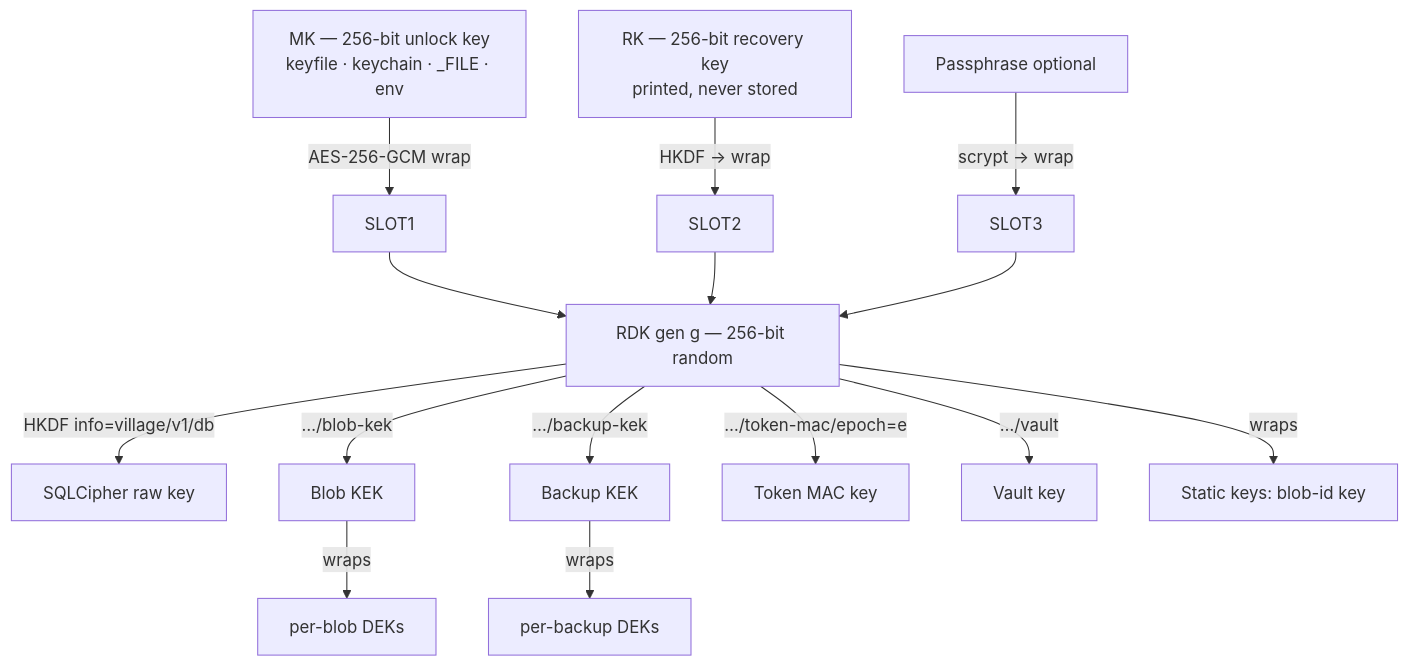
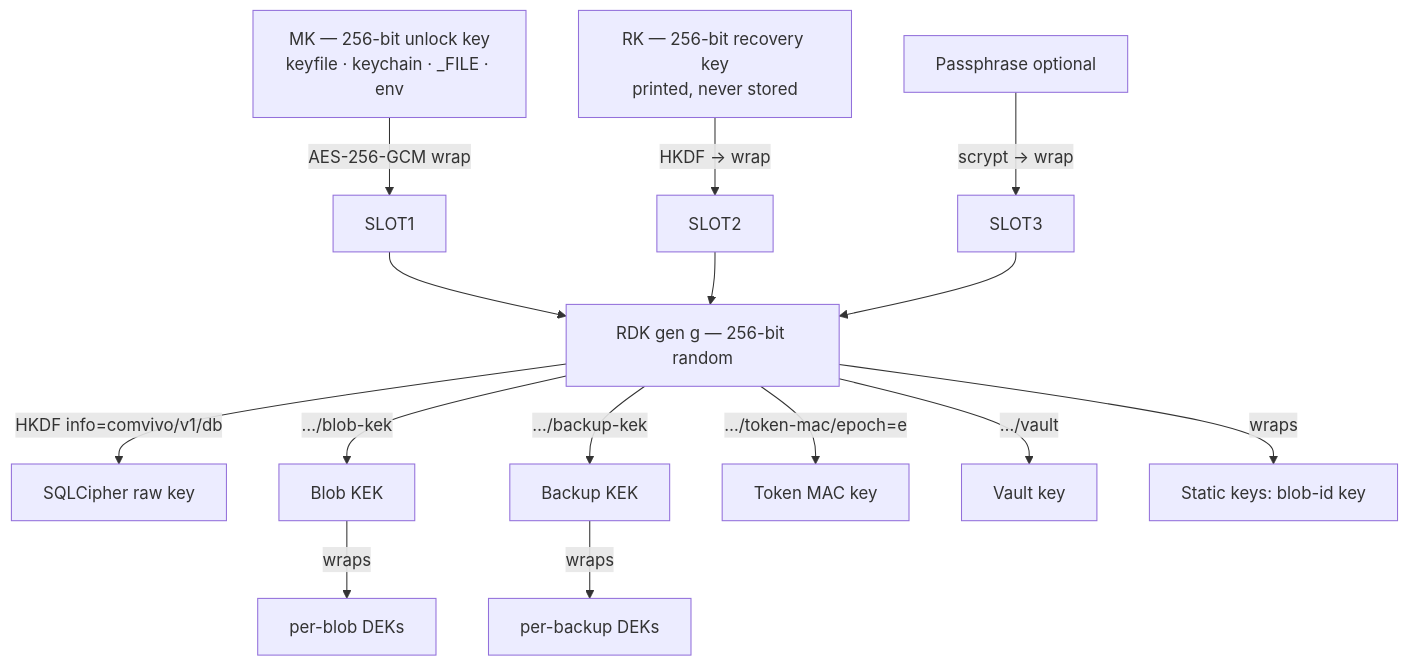
Before and after one commit to faizannraza/comvivo: the second of 2 diagrams in docs/plan/08-security-privacy.md, drawn with Mermaid. The commit also changed other lines of this file and 21 other files, not shown here.

````diff
--- a/docs/plan/08-security-privacy.md
+++ b/docs/plan/08-security-privacy.md
@@ -334,13 +334,13 @@
 ```mermaid
 flowchart TB
   MK[MK — 256-bit unlock key<br/>keyfile · keychain · _FILE · env] -->|AES-256-GCM wrap| SLOT1
   RK[RK — 256-bit recovery key<br/>printed, never stored] -->|HKDF → wrap| SLOT2
   PP[Passphrase optional] -->|scrypt → wrap| SLOT3
   SLOT1 & SLOT2 & SLOT3 --> RDK[RDK gen g — 256-bit random]
-  RDK -->|HKDF info=village/v1/db| DBK[SQLCipher raw key]
+  RDK -->|HKDF info=comvivo/v1/db| DBK[SQLCipher raw key]
   RDK -->|…/blob-kek| BKEK[Blob KEK] -->|wraps| DEK[per-blob DEKs]
   RDK -->|…/backup-kek| BUKEK[Backup KEK] -->|wraps| BDEK[per-backup DEKs]
   RDK -->|…/token-mac/epoch=e| TMAC[Token MAC key]
   RDK -->|…/vault| VK[Vault key]
   RDK -->|wraps| STATIC[Static keys: blob-id key]
 ```
````
